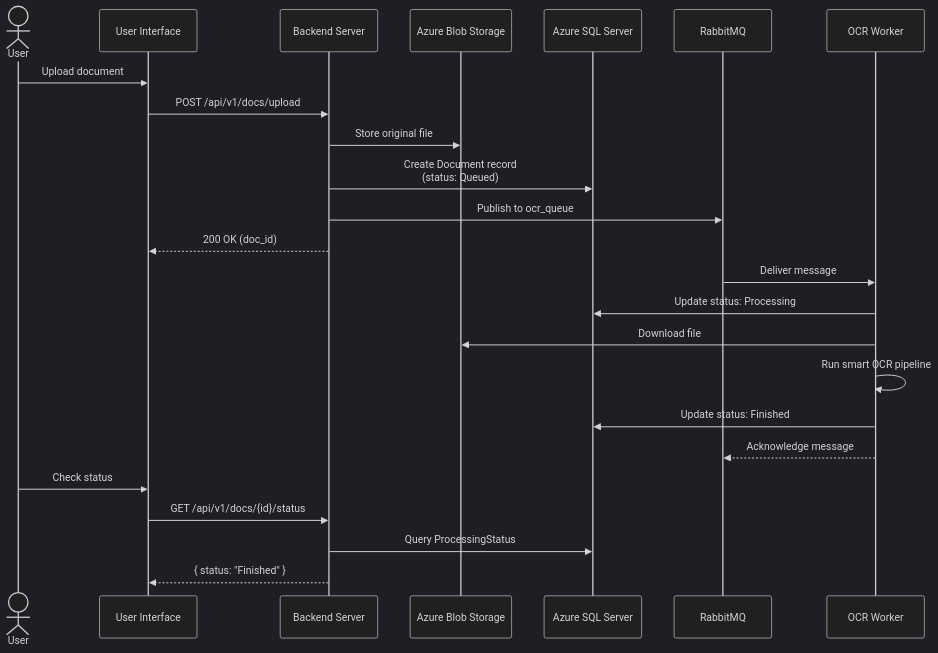
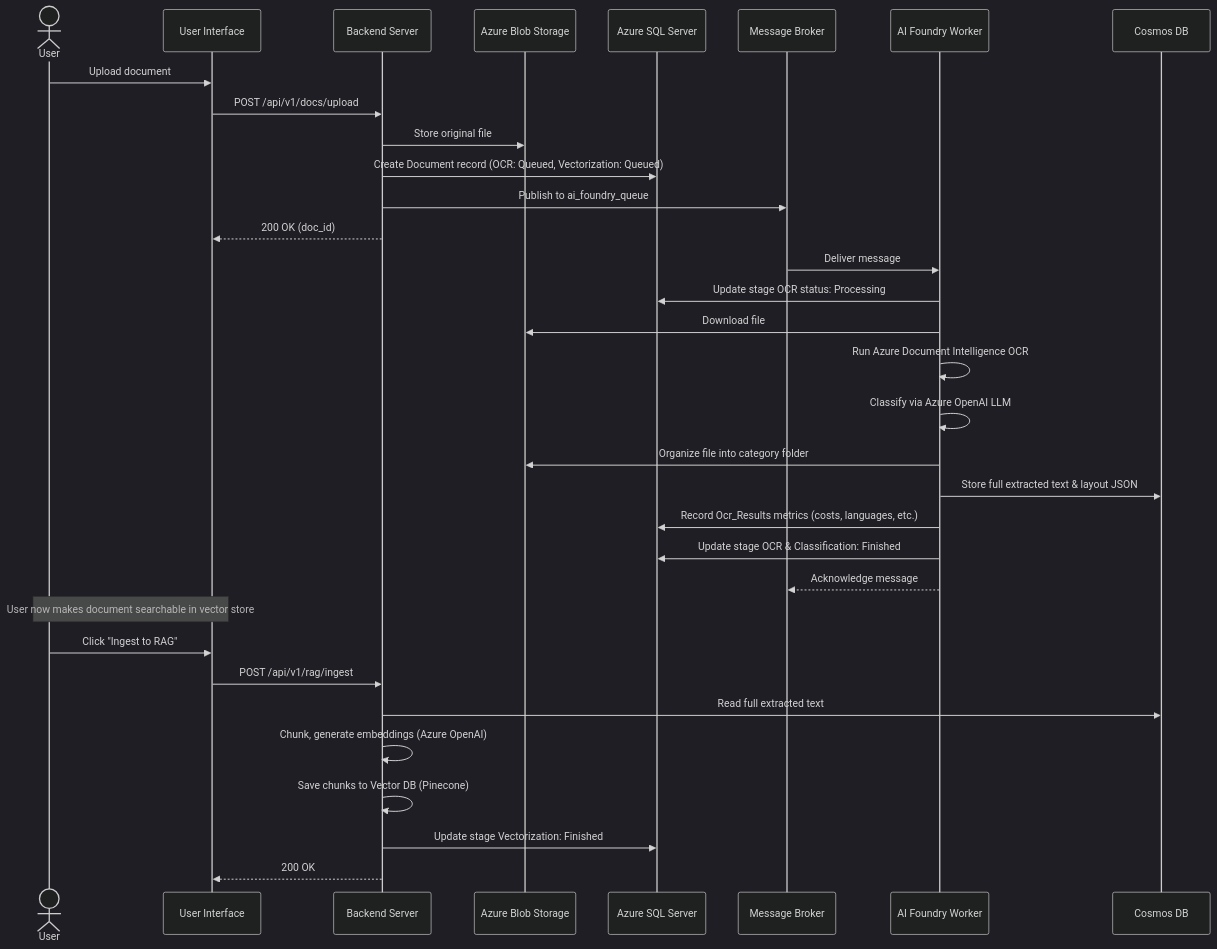
Before and after one commit to NassaQ/docs: the second of 2 diagrams in docs/index.md, drawn with Mermaid (dark theme). The commit also changed other lines of this file and 9 other files, not shown here.

````diff
--- a/docs/index.md
+++ b/docs/index.md
@@ -122,29 +140,38 @@
 ```mermaid
 sequenceDiagram
     actor User
     participant UI as User Interface
     participant API as Backend Server
     participant Blob as Azure Blob Storage
     participant DB as Azure SQL Server
-    participant MQ as RabbitMQ
-    participant OCR as OCR Worker
+    participant MQ as Message Broker
+    participant Worker as AI Foundry Worker
+    participant Cosmos as Cosmos DB
 
     User->>UI: Upload document
     UI->>API: POST /api/v1/docs/upload
     API->>Blob: Store original file
-    API->>DB: Create Document record<br/>(status: Queued)
-    API->>MQ: Publish to ocr_queue
+    API->>DB: Create Document record (OCR: Queued, Vectorization: Queued)
+    API->>MQ: Publish to ai_foundry_queue
     API-->>UI: 200 OK (doc_id)
 
-    MQ->>OCR: Deliver message
-    OCR->>DB: Update status: Processing
-    OCR->>Blob: Download file
-    OCR->>OCR: Run smart OCR pipeline
-    OCR->>DB: Update status: Finished
-    OCR-->>MQ: Acknowledge message
+    MQ->>Worker: Deliver message
+    Worker->>DB: Update stage OCR status: Processing
+    Worker->>Blob: Download file
+    Worker->>Worker: Run Azure Document Intelligence OCR
+    Worker->>Worker: Classify via Azure OpenAI LLM
+    Worker->>Blob: Organize file into category folder
+    Worker->>Cosmos: Store full extracted text & layout JSON
+    Worker->>DB: Record Ocr_Results metrics (costs, languages, etc.)
+    Worker->>DB: Update stage OCR & Classification: Finished
+    Worker-->>MQ: Acknowledge message
 
-    User->>UI: Check status
-    UI->>API: GET /api/v1/docs/{id}/status
-    API->>DB: Query ProcessingStatus
-    API-->>UI: { status: "Finished" }
+    Note over User, UI: User now makes document searchable in vector store
+    User->>UI: Click "Ingest to RAG"
+    UI->>API: POST /api/v1/rag/ingest
+    API->>Cosmos: Read full extracted text
+    API->>API: Chunk, generate embeddings (Azure OpenAI)
+    API->>API: Save chunks to Vector DB (Pinecone)
+    API->>DB: Update stage Vectorization: Finished
+    API-->>UI: 200 OK
 ```
````
